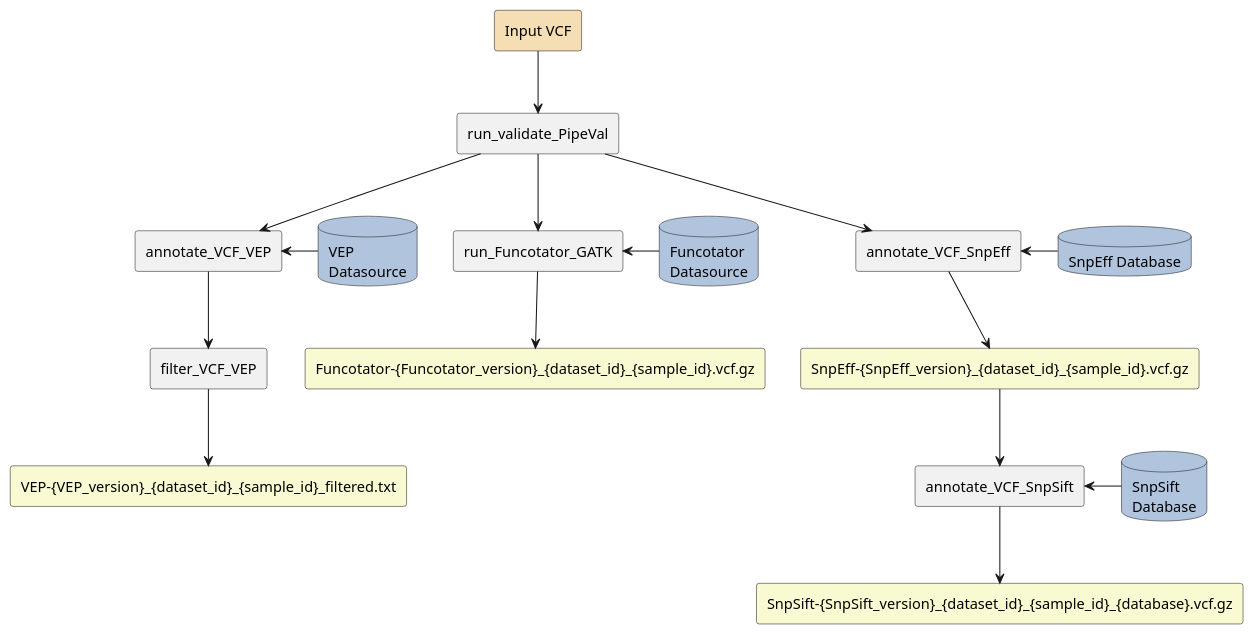
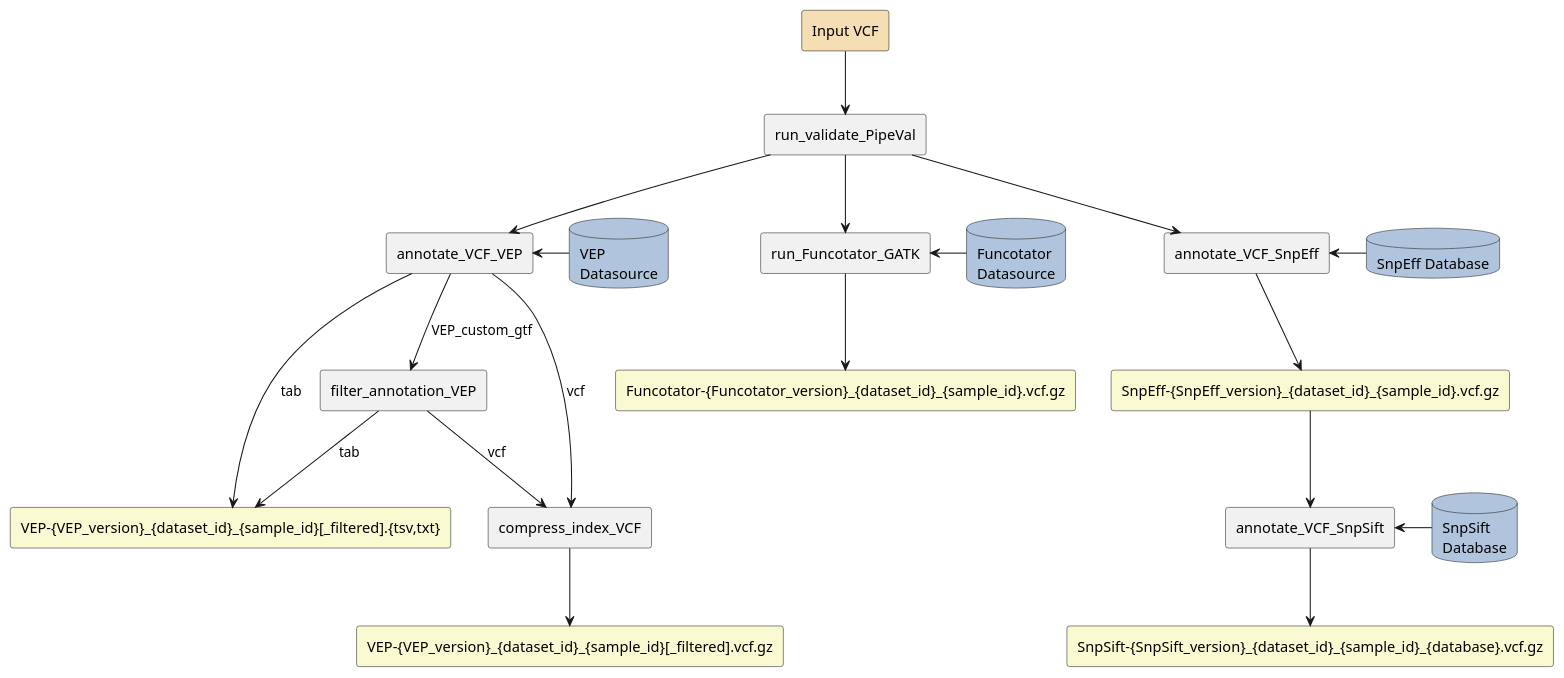
Before and after one commit to TheBoutrosLab/pipeline-annotate-VCF: the diagram in docs/annotate-vcf-flow.puml, drawn with PlantUML. The commit also changed 1 other file, not shown here.

```diff
--- a/docs/annotate-vcf-flow.puml
+++ b/docs/annotate-vcf-flow.puml
@@ -1,42 +1,48 @@
 @startuml
 
 skinparam database {
     BackgroundColor LightSteelBlue
 }
 
 rectangle "Input VCF" as InputVCF #Wheat
 rectangle "run_validate_PipeVal" as Validation
 rectangle "annotate_VCF_SnpEff" as AnnotateSnpEff
 rectangle "SnpEff-{SnpEff_version}_{dataset_id}_{sample_id}.vcf.gz" as SnpEffOutput #LightGoldenRodYellow
 database "SnpEff Database" as SnpEffDB
 rectangle "annotate_VCF_SnpSift" as AnnotateSnpSift
 rectangle "SnpSift-{SnpSift_version}_{dataset_id}_{sample_id}_{database}.vcf.gz" as SnpSiftOutput #LightGoldenRodYellow
 database "SnpSift\nDatabase" as DatabaseVCF
 
 rectangle "run_Funcotator_GATK" as Funcotator
 rectangle "Funcotator-{Funcotator_version}_{dataset_id}_{sample_id}.vcf.gz" as FuncotatorOutput #LightGoldenRodYellow
 database "Funcotator\nDatasource" as FuncotatorDB
 
 rectangle "annotate_VCF_VEP" as VEP1
 database "VEP\nDatasource" as VEPDB
-rectangle "filter_VCF_VEP" as VEP2
-rectangle "VEP-{VEP_version}_{dataset_id}_{sample_id}_filtered.txt" as VEPOutput #LightGoldenRodYellow
+rectangle "filter_annotation_VEP" as VEP2
+rectangle "compress_index_VCF" as VEPCompress
+rectangle "VEP-{VEP_version}_{dataset_id}_{sample_id}[_filtered].{tsv,txt}" as VEPOutput #LightGoldenRodYellow
+rectangle "VEP-{VEP_version}_{dataset_id}_{sample_id}[_filtered].vcf.gz" as VEPVCFOutput #LightGoldenRodYellow
 
 InputVCF --> Validation
 Validation --> AnnotateSnpEff
 AnnotateSnpEff --> SnpEffOutput
 SnpEffDB -l-> AnnotateSnpEff
 SnpEffOutput --> AnnotateSnpSift
 AnnotateSnpSift --> SnpSiftOutput
 DatabaseVCF -l-> AnnotateSnpSift
 
 Validation --> Funcotator
 FuncotatorDB -l-> Funcotator
 Funcotator --> FuncotatorOutput
 
 Validation --> VEP1
 VEPDB -l-> VEP1
-VEP1 --> VEP2
-VEP2 --> VEPOutput
+VEP1 --> VEP2 : VEP_custom_gtf
+VEP1 --> VEPOutput : tab
+VEP2 --> VEPOutput : tab
+VEP1 --> VEPCompress : vcf
+VEP2 --> VEPCompress : vcf
+VEPCompress --> VEPVCFOutput
 
 @enduml
```
